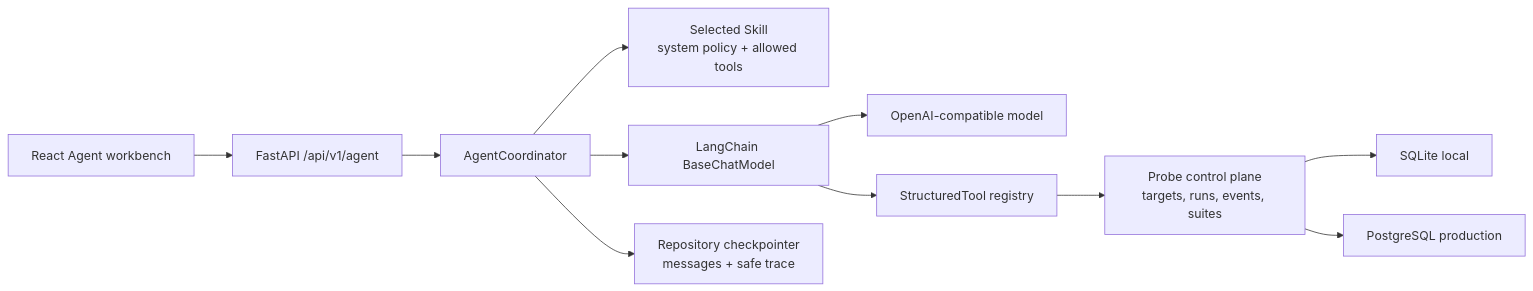
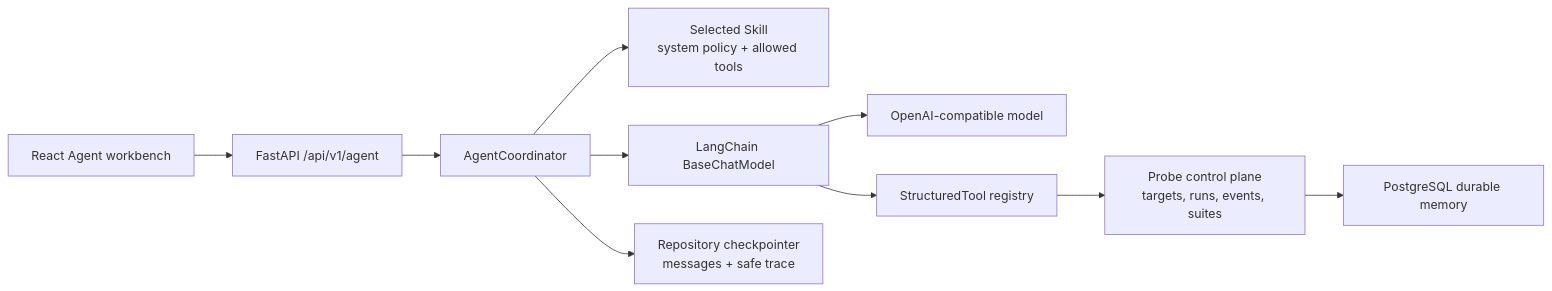
The diagram in docs/adr/007-langchain-agent-tools-skills.md (gavintony1990/Lexsond), drawn with Mermaid before and after one commit. The commit also changed other lines of this file and 57 other files, not shown here.

````diff
--- a/docs/adr/007-langchain-agent-tools-skills.md
+++ b/docs/adr/007-langchain-agent-tools-skills.md
@@ -17,13 +17,12 @@
 ```mermaid
 flowchart LR
     UI["React Agent workbench"] --> API["FastAPI /api/v1/agent"]
     API --> COORD["AgentCoordinator"]
     COORD --> SKILL["Selected Skill\nsystem policy + allowed tools"]
     COORD --> LC["LangChain BaseChatModel"]
     LC --> MODEL["OpenAI-compatible model"]
     LC --> TOOL["StructuredTool registry"]
     TOOL --> CORE["Probe control plane\ntargets, runs, events, suites"]
     COORD --> MEM["Repository checkpointer\nmessages + safe trace"]
-    CORE --> SQLITE["SQLite local"]
-    CORE --> PG["PostgreSQL production"]
+    CORE --> PG["PostgreSQL durable memory"]
 ```
````
